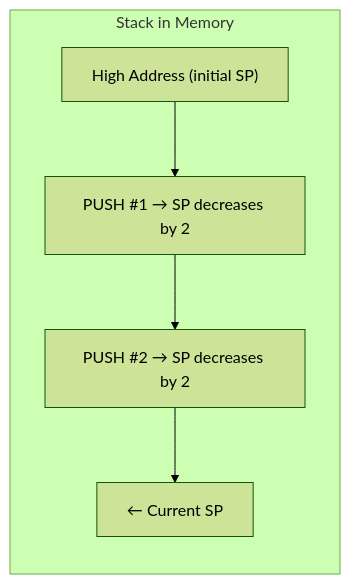
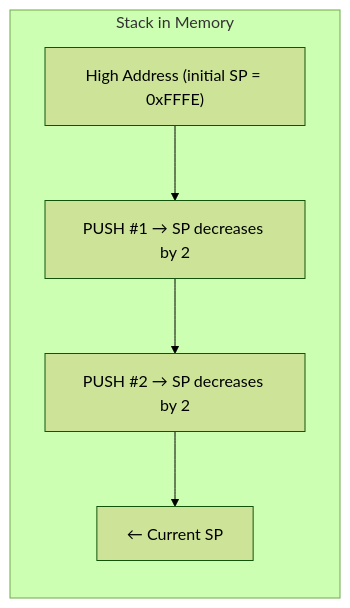
The third of 9 diagrams in docs/en/architecture/registers.md (MinecAnton209/NovumOS-16bit), drawn with Mermaid (forest theme) before and after one commit. The commit also changed other lines of this file and 20 other files, not shown here.

````diff
--- a/docs/en/architecture/registers.md
+++ b/docs/en/architecture/registers.md
@@ -142,11 +144,11 @@
 ```mermaid
 graph TB
     subgraph Stack["Stack in Memory"]
         direction TB
-        HIGH["High Address (initial SP)"]
+        HIGH["High Address (initial SP = 0xFFFE)"]
         PUSH1["PUSH #1 → SP decreases by 2"]
         PUSH2["PUSH #2 → SP decreases by 2"]
         TOP["← Current SP"]
     end
     HIGH --> PUSH1 --> PUSH2 --> TOP
 ```
````
